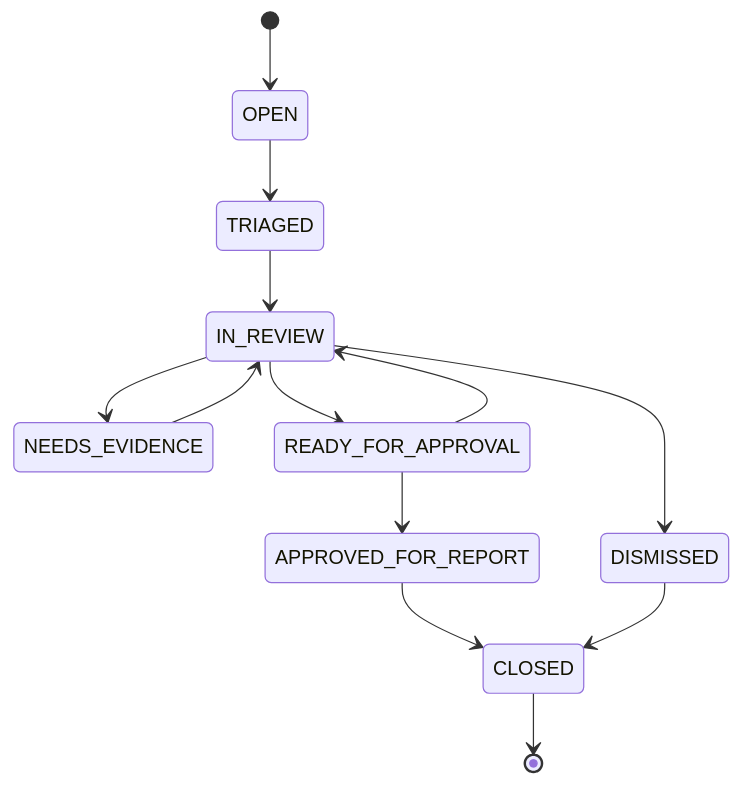
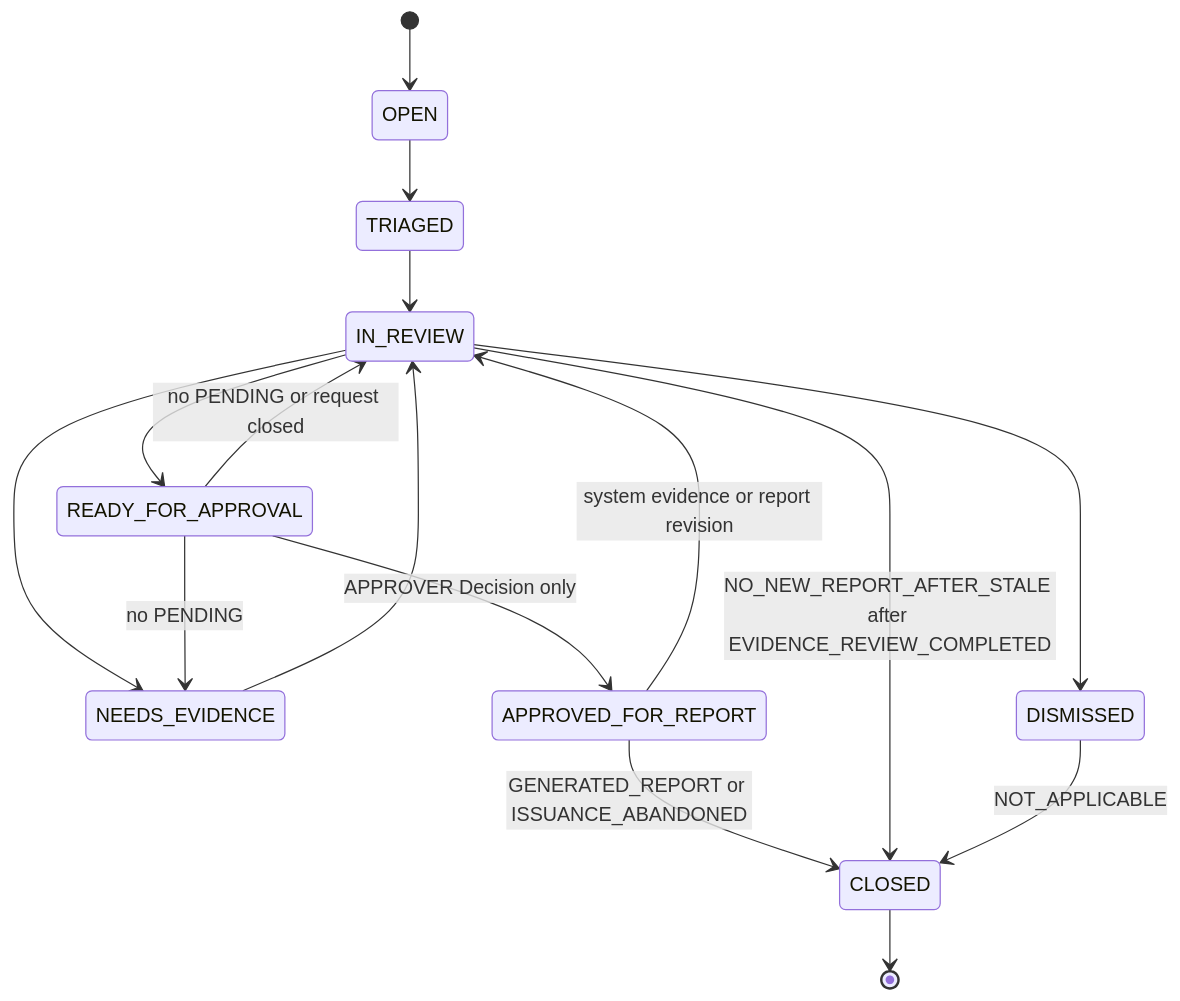
Before and after one commit to MINO-01/ticket-defender-specs: the diagram in contracts/case-workflow.mmd, drawn with Mermaid. The commit also changed 13 other files, not shown here.

```diff
--- a/contracts/case-workflow.mmd
+++ b/contracts/case-workflow.mmd
@@ -1,13 +1,16 @@
 stateDiagram-v2
   [*] --> OPEN
   OPEN --> TRIAGED
   TRIAGED --> IN_REVIEW
   IN_REVIEW --> NEEDS_EVIDENCE
   NEEDS_EVIDENCE --> IN_REVIEW
   IN_REVIEW --> READY_FOR_APPROVAL
   IN_REVIEW --> DISMISSED
-  READY_FOR_APPROVAL --> APPROVED_FOR_REPORT
-  READY_FOR_APPROVAL --> IN_REVIEW
-  APPROVED_FOR_REPORT --> CLOSED
-  DISMISSED --> CLOSED
+  READY_FOR_APPROVAL --> APPROVED_FOR_REPORT: APPROVER Decision only
+  READY_FOR_APPROVAL --> IN_REVIEW: no PENDING or request closed
+  READY_FOR_APPROVAL --> NEEDS_EVIDENCE: no PENDING
+  APPROVED_FOR_REPORT --> IN_REVIEW: system evidence or report revision
+  APPROVED_FOR_REPORT --> CLOSED: GENERATED_REPORT or ISSUANCE_ABANDONED
+  IN_REVIEW --> CLOSED: NO_NEW_REPORT_AFTER_STALE after EVIDENCE_REVIEW_COMPLETED
+  DISMISSED --> CLOSED: NOT_APPLICABLE
   CLOSED --> [*]
```
